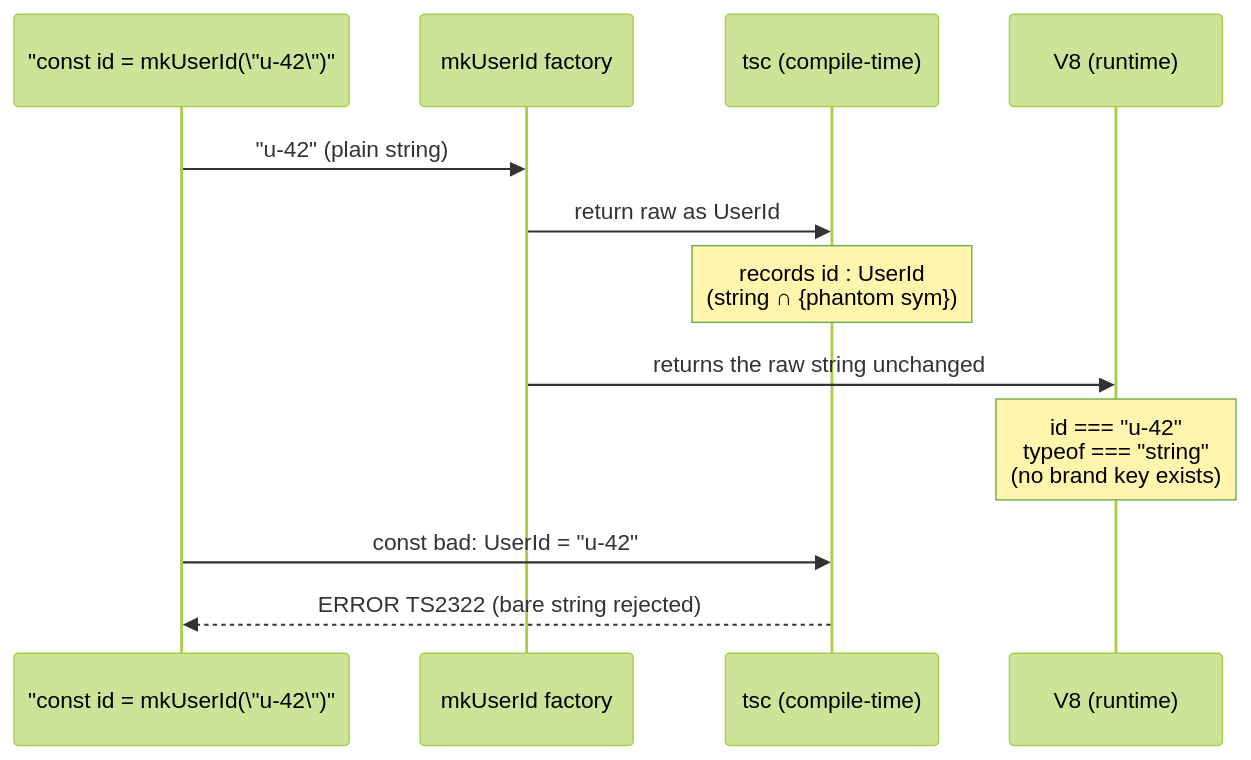
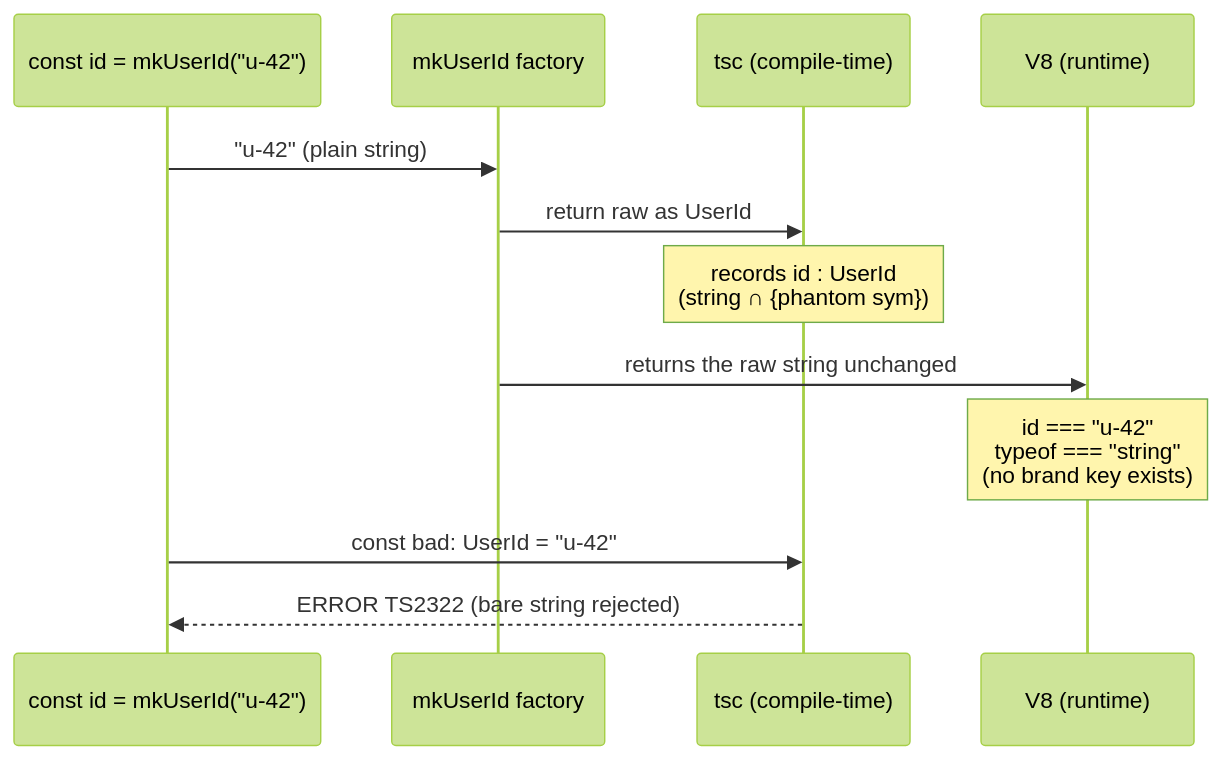
One commit to quanhua92/tutorials changed the second of 2 diagrams in ts/STRUCTURAL_TYPING.md. Above: the diagram before and after it, drawn with Mermaid (forest theme). The commit also changed 102 other files, not shown here.

First line of the commit message:
fix: repair 117 unrenderable mermaid diagrams across all sections

````diff
--- a/ts/STRUCTURAL_TYPING.md
+++ b/ts/STRUCTURAL_TYPING.md
@@ -393,14 +393,14 @@
 ```mermaid
 sequenceDiagram
-    participant Code as "const id = mkUserId(\"u-42\")"
+    participant Code as const id = mkUserId("u-42")
     participant Factory as mkUserId factory
     participant Compiler as tsc (compile-time)
     participant Runtime as V8 (runtime)
     Code->>Factory: "u-42" (plain string)
     Factory->>Compiler: return raw as UserId
     Note over Compiler: records id : UserId<br/>(string ∩ {phantom sym})
     Factory->>Runtime: returns the raw string unchanged
     Note over Runtime: id === "u-42"<br/>typeof === "string"<br/>(no brand key exists)
     Code->>Compiler: const bad: UserId = "u-42"
     Compiler-->>Code: ERROR TS2322 (bare string rejected)
 ```
````
